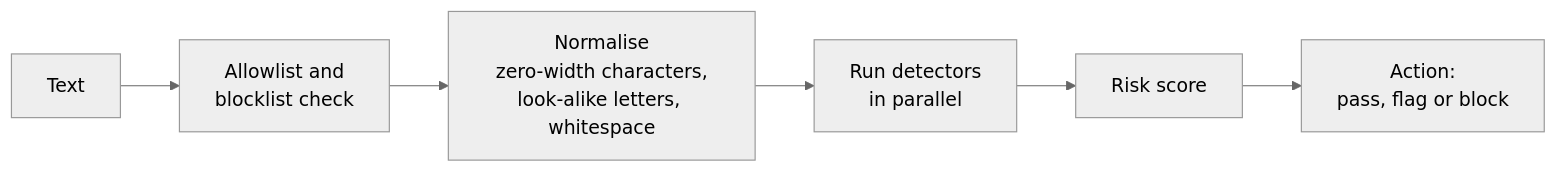
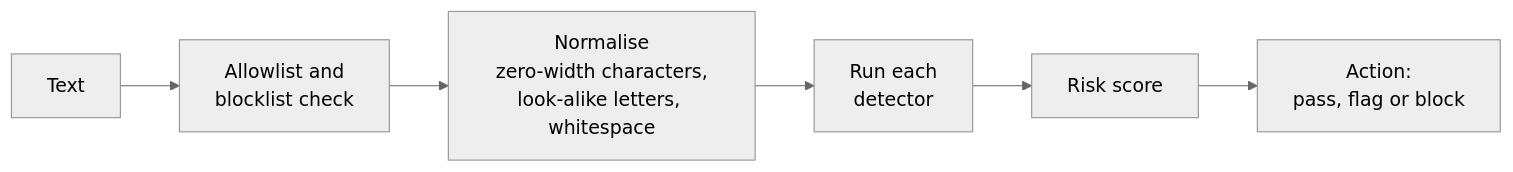
The fourth of 5 diagrams in docs/ARCHITECTURE.md (lokeshmittal08/Kestral), drawn with Mermaid (neutral theme) before and after one commit. The commit also changed other lines of this file and 36 other files, not shown here.

````diff
--- a/docs/ARCHITECTURE.md
+++ b/docs/ARCHITECTURE.md
@@ -226,8 +237,8 @@
 ```mermaid
 flowchart LR
     A[Text] --> B[Allowlist and<br/>blocklist check]
     B --> C[Normalise<br/>zero-width characters,<br/>look-alike letters, whitespace]
-    C --> D[Run detectors<br/>in parallel]
+    C --> D[Run each<br/>detector]
     D --> E[Risk score]
     E --> F[Action:<br/>pass, flag or block]
 ```
````
